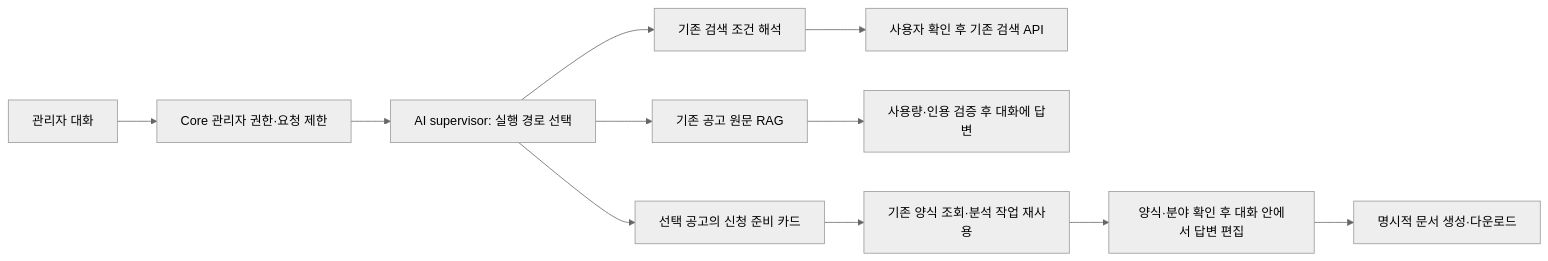
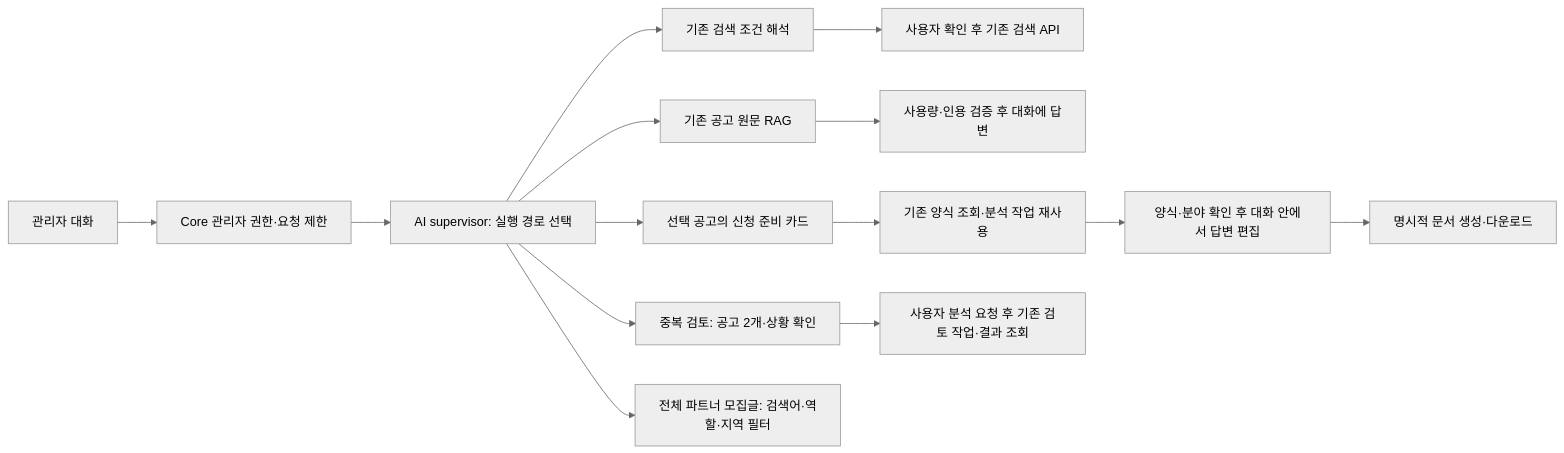
Diagram 19 of 24 in README.md (lsm15111/SKN34-4th-1Team), drawn with Mermaid (neutral theme) before and after one commit. The commit also changed other lines of this file and 31 other files, not shown here.

````diff
--- a/README.md
+++ b/README.md
@@ -664,13 +664,16 @@
 ```mermaid
 flowchart LR
     Chat[관리자 대화] --> Core[Core 관리자 권한·요청 제한]
     Core --> Supervisor[AI supervisor: 실행 경로 선택]
     Supervisor --> Search[기존 검색 조건 해석]
     Supervisor --> Evidence[기존 공고 원문 RAG]
     Supervisor --> Application[선택 공고의 신청 준비 카드]
+    Supervisor --> Review[중복 검토: 공고 2개·상황 확인]
+    Supervisor --> Partners[전체 파트너 모집글: 검색어·역할·지역 필터]
     Search --> Confirm[사용자 확인 후 기존 검색 API]
     Evidence --> Reply[사용량·인용 검증 후 대화에 답변]
     Application --> Forms[기존 양식 조회·분석 작업 재사용]
     Forms --> Editor[양식·분야 확인 후 대화 안에서 답변 편집]
     Editor --> File[명시적 문서 생성·다운로드]
+    Review --> ReviewResult[사용자 분석 요청 후 기존 검토 작업·결과 조회]
 ```
````
